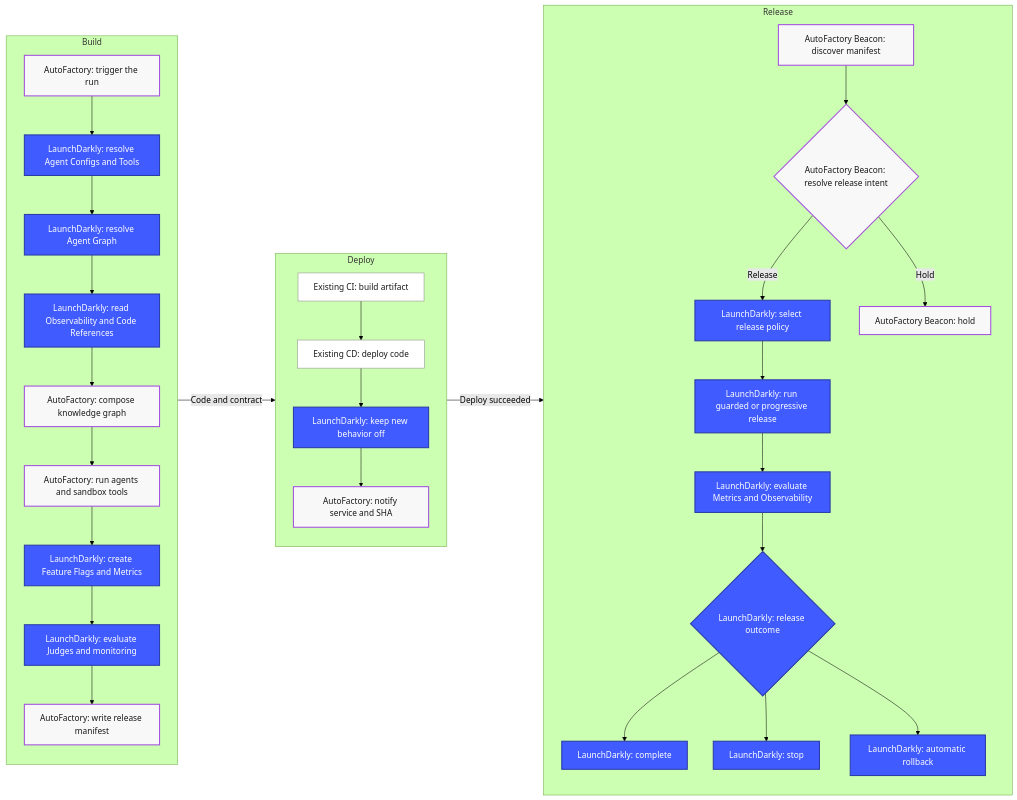
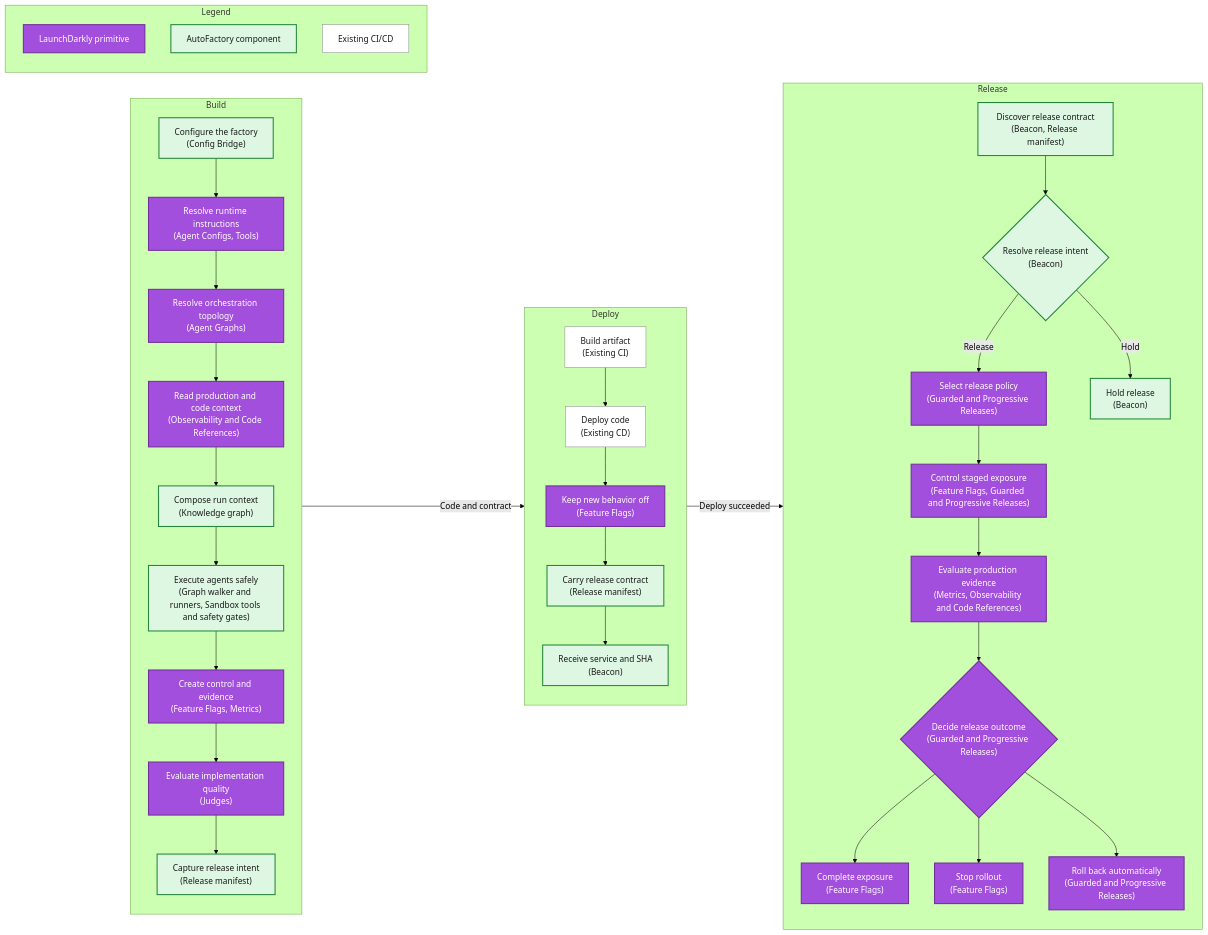
Before and after one commit to launchdarkly-labs/launchdarkly-auto-factory: the diagram in README.md, drawn with Mermaid (forest theme). The commit also changed other lines of this file, not shown here.

Commit message:
Map factory components across the flow

````diff
--- a/README.md
+++ b/README.md
@@ -21,57 +21,68 @@
 ```mermaid
 flowchart LR
     subgraph BUILD["Build"]
         direction TB
-        B1["AutoFactory: trigger the run"]
-        B2["LaunchDarkly: resolve Agent Configs and Tools"]
-        B3["LaunchDarkly: resolve Agent Graph"]
-        B4["LaunchDarkly: read Observability and Code References"]
-        B5["AutoFactory: compose knowledge graph"]
-        B6["AutoFactory: run agents and sandbox tools"]
-        B7["LaunchDarkly: create Feature Flags and Metrics"]
-        B8["LaunchDarkly: evaluate Judges and monitoring"]
-        B9["AutoFactory: write release manifest"]
+        B1["Configure the factory<br/>(Config Bridge)"]
+        B2["Resolve runtime instructions<br/>(Agent Configs, Tools)"]
+        B3["Resolve orchestration topology<br/>(Agent Graphs)"]
+        B4["Read production and code context<br/>(Observability and Code References)"]
+        B5["Compose run context<br/>(Knowledge graph)"]
+        B6["Execute agents safely<br/>(Graph walker and runners, Sandbox tools and safety gates)"]
+        B7["Create control and evidence<br/>(Feature Flags, Metrics)"]
+        B8["Evaluate implementation quality<br/>(Judges)"]
+        B9["Capture release intent<br/>(Release manifest)"]
         B1 --> B2 --> B3 --> B4 --> B5 --> B6 --> B7 --> B8 --> B9
     end
 
     subgraph DEPLOY["Deploy"]
         direction TB
-        D1["Existing CI: build artifact"]
-        D2["Existing CD: deploy code"]
-        D3["LaunchDarkly: keep new behavior off"]
-        D4["AutoFactory: notify service and SHA"]
-        D1 --> D2 --> D3 --> D4
+        D1["Build artifact<br/>(Existing CI)"]
+        D2["Deploy code<br/>(Existing CD)"]
+        D3["Keep new behavior off<br/>(Feature Flags)"]
+        D4["Carry release contract<br/>(Release manifest)"]
+        D5["Receive service and SHA<br/>(Beacon)"]
+        D1 --> D2 --> D3 --> D4 --> D5
     end
 
     subgraph RELEASE["Release"]
         direction TB
-        R1["AutoFactory Beacon: discover manifest"]
-        R2{"AutoFactory Beacon: resolve release intent"}
-        R3["LaunchDarkly: select release policy"]
-        R4["LaunchDarkly: run guarded or progressive release"]
-        R5["LaunchDarkly: evaluate Metrics and Observability"]
-        R6{"LaunchDarkly: release outcome"}
-        R7["LaunchDarkly: complete"]
-        R8["AutoFactory Beacon: hold"]
-        R9["LaunchDarkly: stop"]
-        R10["LaunchDarkly: automatic rollback"]
+        R1["Discover release contract<br/>(Beacon, Release manifest)"]
+        R2{"Resolve release intent<br/>(Beacon)"}
+        R3["Select release policy<br/>(Guarded and Progressive Releases)"]
+        R4["Control staged exposure<br/>(Feature Flags, Guarded and Progressive Releases)"]
+        R5["Evaluate production evidence<br/>(Metrics, Observability and Code References)"]
+        R6{"Decide release outcome<br/>(Guarded and Progressive Releases)"}
+        R7["Complete exposure<br/>(Feature Flags)"]
+        R8["Hold release<br/>(Beacon)"]
+        R9["Stop rollout<br/>(Feature Flags)"]
+        R10["Roll back automatically<br/>(Guarded and Progressive Releases)"]
         R1 --> R2
         R2 -->|"Release"| R3
         R2 -->|"Hold"| R8
         R3 --> R4 --> R5 --> R6
         R6 --> R7
         R6 --> R9
         R6 --> R10
     end
 
-    B9 -->|"Code and contract"| D1
-    D4 -->|"Deploy succeeded"| R1
+    BUILD -->|"Code and contract"| DEPLOY
+    DEPLOY -->|"Deploy succeeded"| RELEASE
 
-    classDef ld fill:#405BFF,color:#FFFFFF,stroke:#2A3BA6,stroke-width:2px
-    classDef autofactory fill:#F8F8F8,color:#191919,stroke:#A34FDE,stroke-width:2px
+    subgraph LEGEND["Legend"]
+        direction TB
+        L1["LaunchDarkly primitive"]
+        L2["AutoFactory component"]
+        L3["Existing CI/CD"]
+    end
+
+    classDef ld fill:#A34FDE,color:#FFFFFF,stroke:#713099,stroke-width:2px
+    classDef autofactory fill:#DDF7E3,color:#191919,stroke:#218739,stroke-width:2px
     classDef existing fill:#FFFFFF,color:#191919,stroke:#8C8C8C,stroke-width:1px
 
     class B2,B3,B4,B7,B8,D3,R3,R4,R5,R6,R7,R9,R10 ld
-    class B1,B5,B6,B9,D4,R1,R2,R8 autofactory
+    class B1,B5,B6,B9,D4,D5,R1,R2,R8 autofactory
     class D1,D2 existing
+    class L1 ld
+    class L2 autofactory
+    class L3 existing
 ```
````
